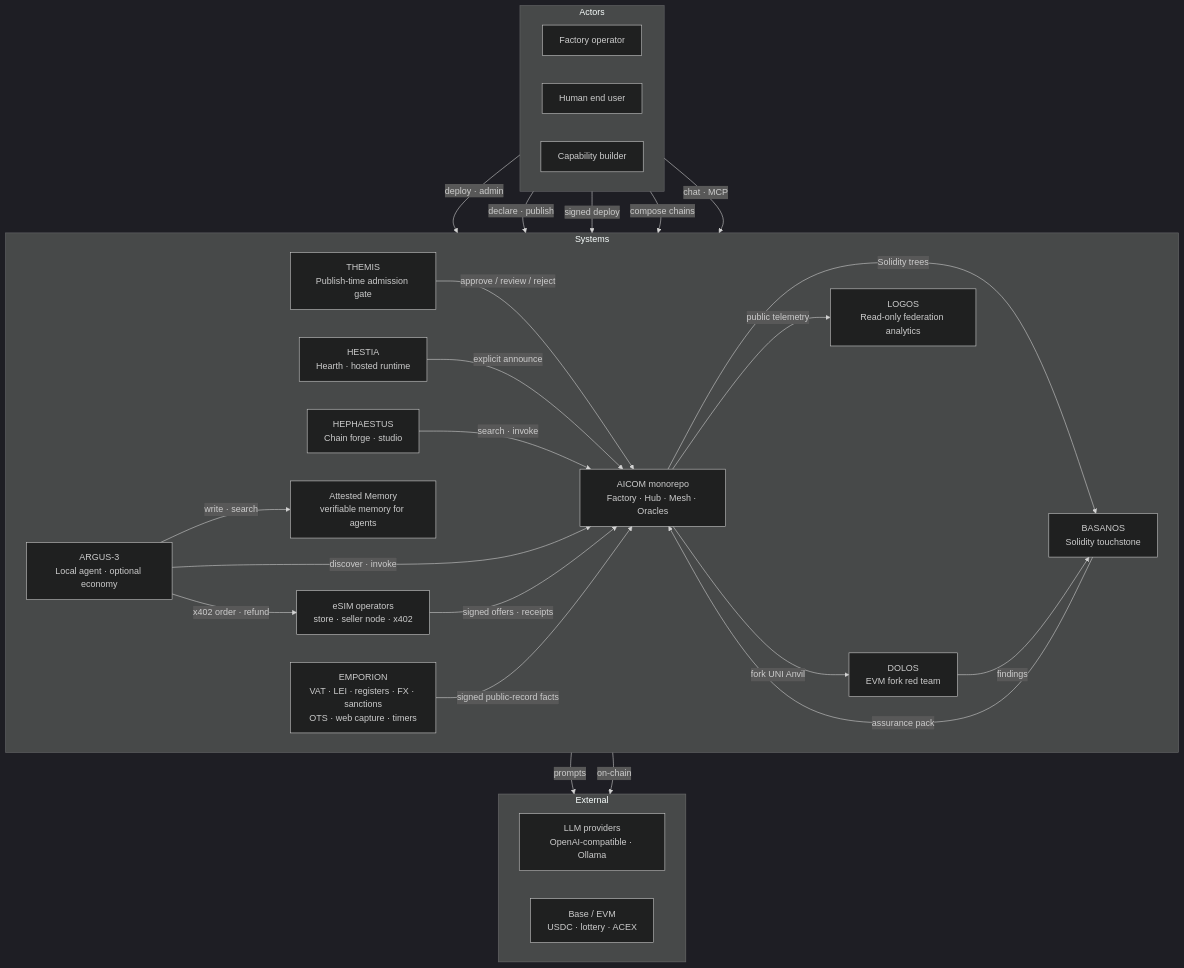
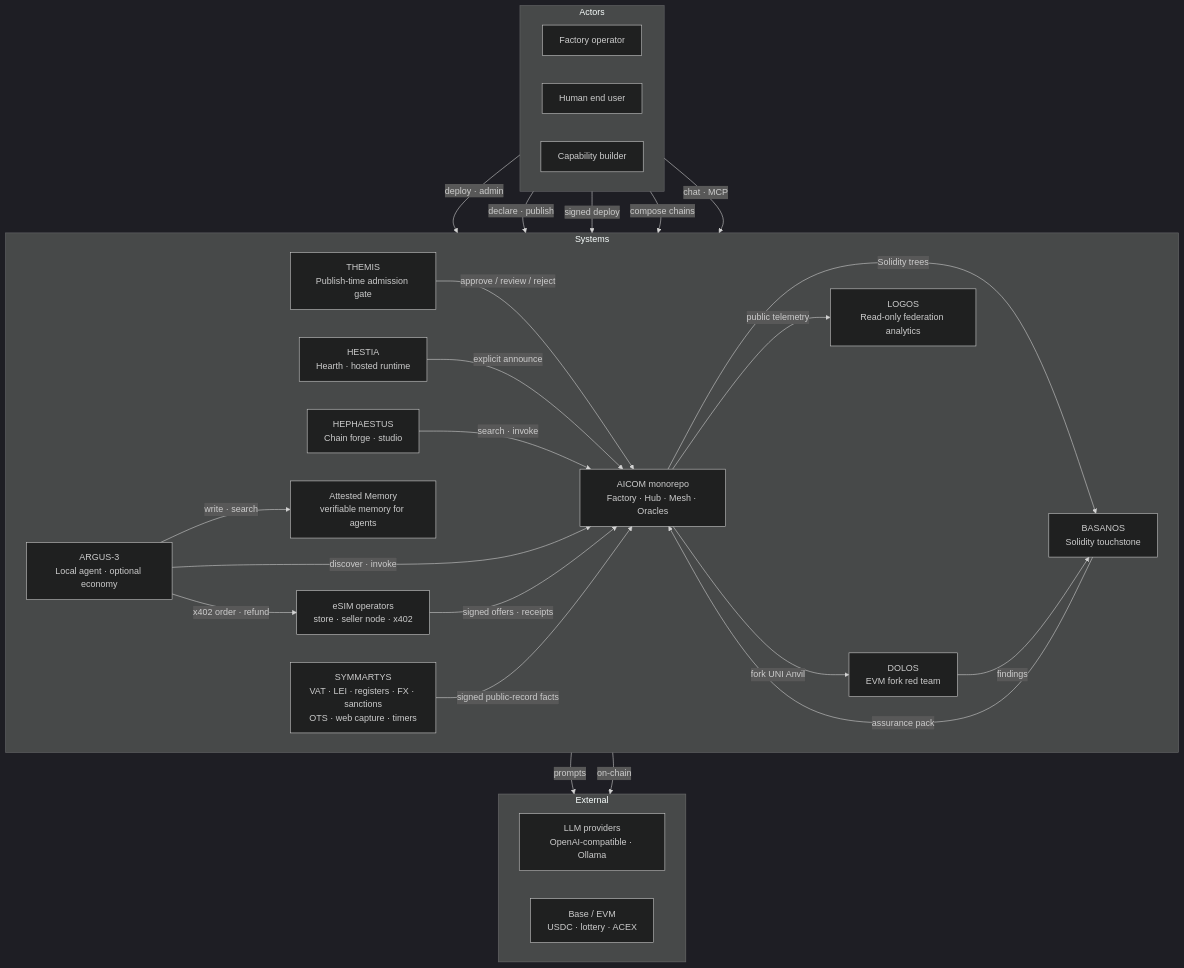
The second of 5 diagrams in docs/ecosystem/whitepaper/en.md (alexar76/aicom), drawn with Mermaid (dark theme) before and after one commit. The commit also changed other lines of this file and 3320 other files, not shown here.

````diff
--- a/docs/ecosystem/whitepaper/en.md
+++ b/docs/ecosystem/whitepaper/en.md
@@ -152,51 +152,51 @@
 ```mermaid
 flowchart TB
   subgraph actors["Actors"]
     direction LR
     operator["Factory operator"]
     enduser["Human end user"]
     builder["Capability builder"]
   end
 
   subgraph systems["Systems"]
     direction LR
     aicom["AICOM monorepo<br/>Factory · Hub · Mesh · Oracles"]
     themis["THEMIS<br/>Publish-time admission gate"]
     hestia["HESTIA<br/>Hearth · hosted runtime"]
     basanos["BASANOS<br/>Solidity touchstone"]
     dolos["DOLOS<br/>EVM fork red team"]
     hephaestus["HEPHAESTUS<br/>Chain forge · studio"]
     logos["LOGOS<br/>Read-only federation analytics"]
     argus["ARGUS-3<br/>Local agent · optional economy"]
     memory["Attested Memory<br/>verifiable memory for agents"]
     esim["eSIM operators<br/>store · seller node · x402"]
-    emporion["EMPORION<br/>VAT · LEI · registers · FX · sanctions<br/>OTS · web capture · timers"]
+    symmartys["SYMMARTYS<br/>VAT · LEI · registers · FX · sanctions<br/>OTS · web capture · timers"]
   end
 
   subgraph external["External"]
     direction LR
     llm["LLM providers<br/>OpenAI-compatible · Ollama"]
     chain["Base / EVM<br/>USDC · lottery · ACEX"]
   end
 
   operator -->|deploy · admin| aicom
   builder -->|declare · publish| themis
   themis -->|"approve / review / reject"| aicom
   builder -->|signed deploy| hestia
   hestia -->|explicit announce| aicom
   enduser -->|compose chains| hephaestus
   hephaestus -->|search · invoke| aicom
   aicom -->|Solidity trees| basanos
   basanos -->|assurance pack| aicom
   aicom -->|fork UNI Anvil| dolos
   dolos -->|findings| basanos
   enduser -->|chat · MCP| argus
   argus -->|discover · invoke| aicom
   argus -->|write · search| memory
   argus -->|x402 order · refund| esim
   esim -->|signed offers · receipts| aicom
-  emporion -->|signed public-record facts| aicom
+  symmartys -->|signed public-record facts| aicom
   aicom -->|public telemetry| logos
   aicom -->|prompts| llm
   aicom -->|on-chain| chain
 ```
````
